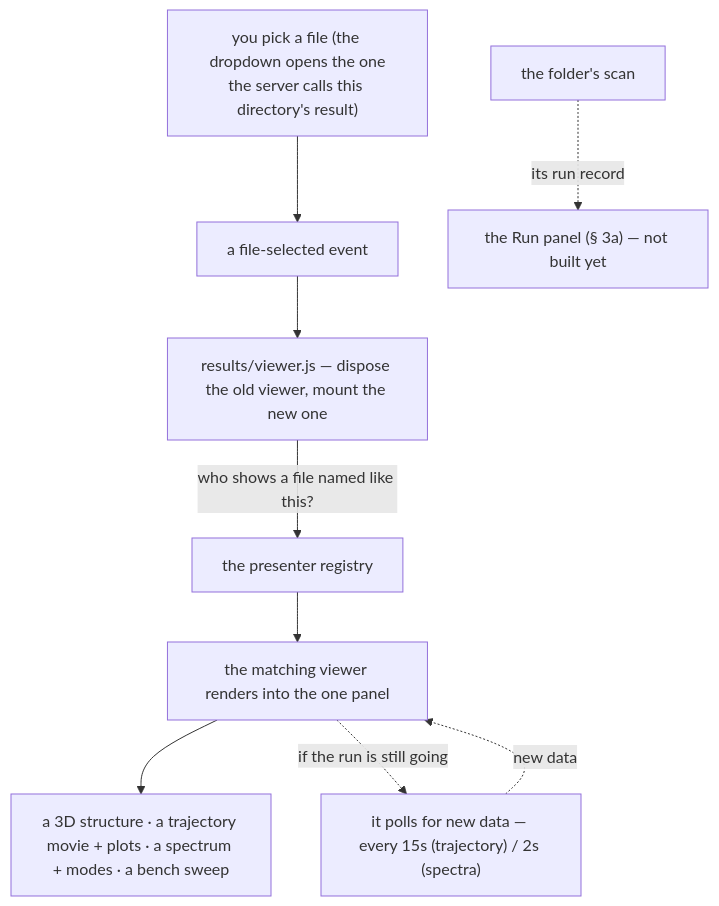
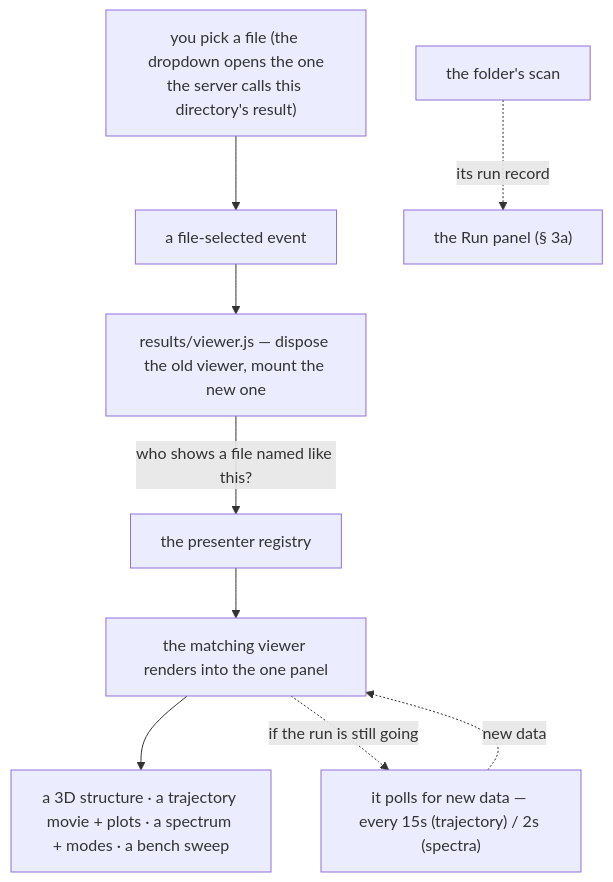
One commit to Qing-LAB/molbuilder changed the second of 4 diagrams in docs/web/results.md. Above: the diagram before and after it, drawn with Mermaid. The commit also changed other lines of this file and 9 other files, not shown here.

````diff
--- a/docs/web/results.md
+++ b/docs/web/results.md
@@ -100,11 +103,11 @@
 ```mermaid
 flowchart TD
   U["you pick a file (the dropdown opens the one<br/>the server calls this directory's result)"] --> EV["a file-selected event"]
-  SC["the folder's scan"] -. "its run record" .-> RP["the Run panel (§ 3a) — not built yet"]
+  SC["the folder's scan"] -. "its run record" .-> RP["the Run panel (§ 3a)"]
   EV --> CTRL["results/viewer.js — dispose the old viewer, mount the new one"]
   CTRL -->|"who shows a file named like this?"| REG["the presenter registry"]
   REG --> ENG["the matching viewer renders into the one panel"]
   ENG --> S["a 3D structure · a trajectory movie + plots · a spectrum + modes · a bench sweep"]
   ENG -. "if the run is still going" .-> POLL["it polls for new data — every 15s (trajectory) / 2s (spectra)"]
   POLL -. "new data" .-> ENG
 ```
````
